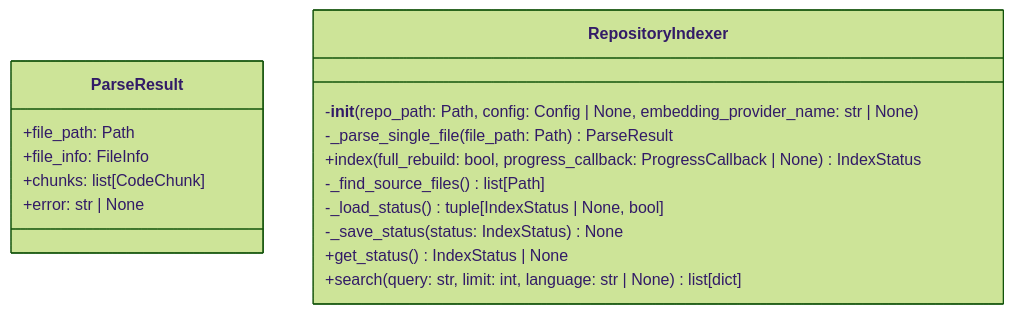
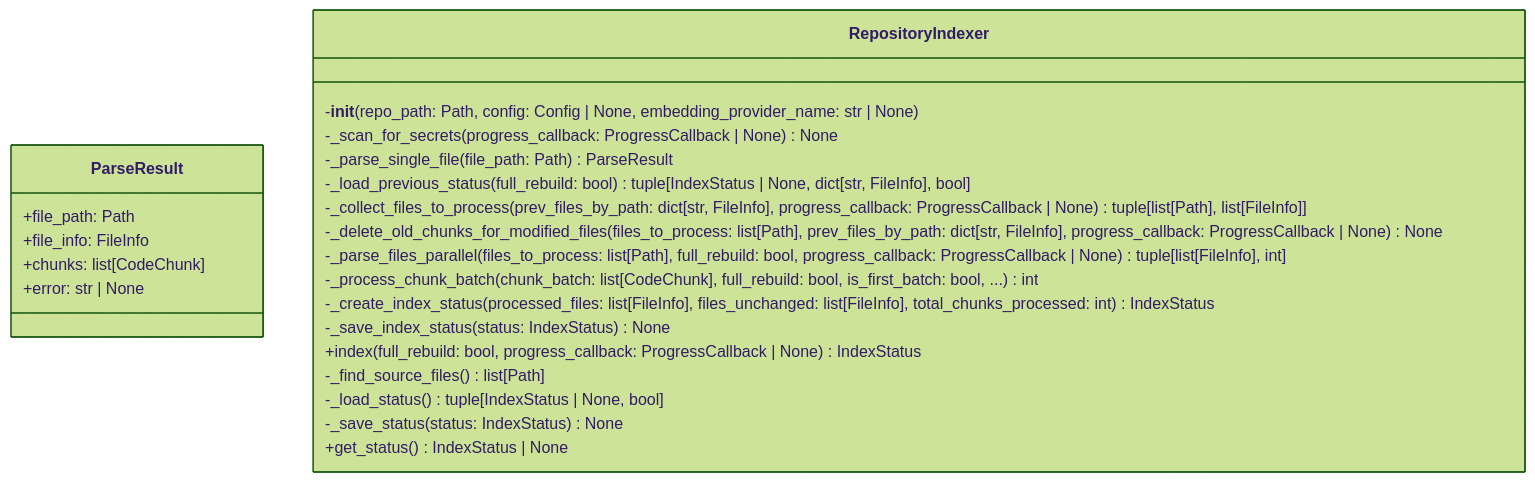
The first of 2 diagrams in .deepwiki/files/src/local_deepwiki/core/indexer.md (UrbanDiver/local-deepwiki-mcp), drawn with Mermaid (forest theme) before and after one commit. The commit also changed other lines of this file and 65 other files, not shown here.

````diff
--- a/.deepwiki/files/src/local_deepwiki/core/indexer.md
+++ b/.deepwiki/files/src/local_deepwiki/core/indexer.md
@@ -537,19 +613,26 @@
 ```mermaid
 classDiagram
     class ParseResult {
         +file_path: Path
         +file_info: FileInfo
         +chunks: list[CodeChunk]
         +error: str | None
     }
     class RepositoryIndexer {
         -__init__(repo_path: Path, config: Config | None, embedding_provider_name: str | None)
+        -_scan_for_secrets(progress_callback: ProgressCallback | None) None
         -_parse_single_file(file_path: Path) ParseResult
+        -_load_previous_status(full_rebuild: bool) tuple[IndexStatus | None, dict[str, FileInfo], bool]
+        -_collect_files_to_process(prev_files_by_path: dict[str, FileInfo], progress_callback: ProgressCallback | None) tuple[list[Path], list[FileInfo]]
+        -_delete_old_chunks_for_modified_files(files_to_process: list[Path], prev_files_by_path: dict[str, FileInfo], progress_callback: ProgressCallback | None) None
+        -_parse_files_parallel(files_to_process: list[Path], full_rebuild: bool, progress_callback: ProgressCallback | None) tuple[list[FileInfo], int]
+        -_process_chunk_batch(chunk_batch: list[CodeChunk], full_rebuild: bool, is_first_batch: bool, ...) int
+        -_create_index_status(processed_files: list[FileInfo], files_unchanged: list[FileInfo], total_chunks_processed: int) IndexStatus
+        -_save_index_status(status: IndexStatus) None
         +index(full_rebuild: bool, progress_callback: ProgressCallback | None) IndexStatus
         -_find_source_files() list[Path]
         -_load_status() tuple[IndexStatus | None, bool]
         -_save_status(status: IndexStatus) None
         +get_status() IndexStatus | None
-        +search(query: str, limit: int, language: str | None) list[dict]
     }
 ```
````
